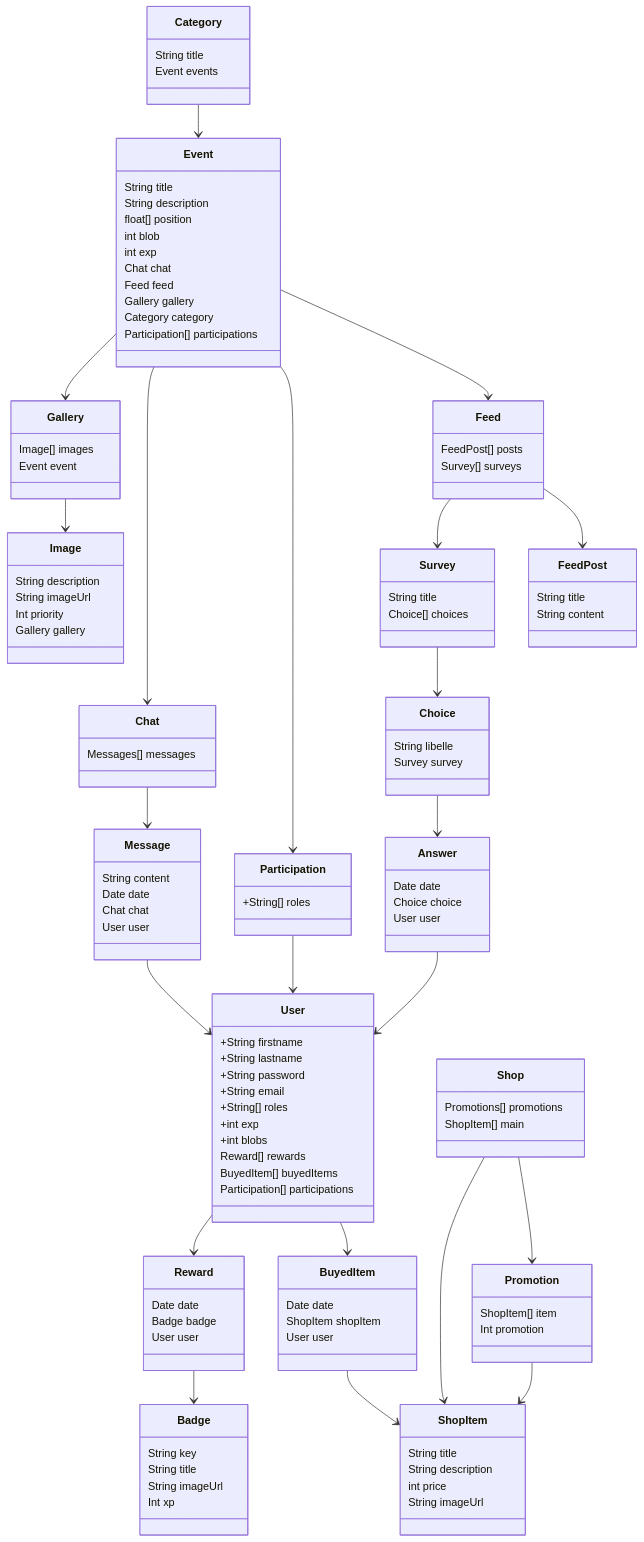
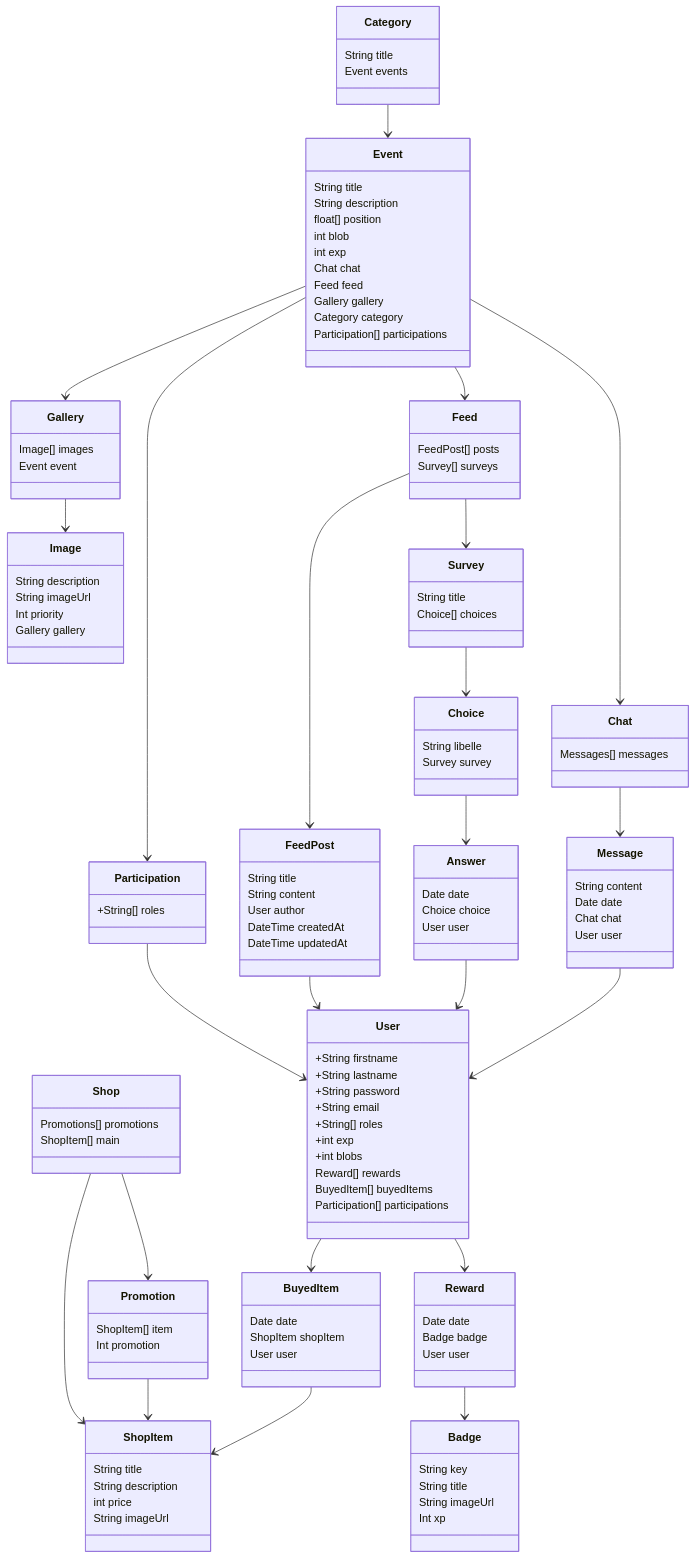
One commit to hangover-hetic/green_quest_backend changed the diagram in UML.md. Above: the diagram before and after it, drawn with Mermaid. The commit also changed 5 other files, not shown here.

```diff
--- a/UML.md
+++ b/UML.md
@@ -66,9 +66,13 @@
         Survey[] surveys
     }
 
+    FeedPost-->User
     class FeedPost {
         String title
         String content
+        User author
+        DateTime createdAt
+        DateTime updatedAt
     }
 
     Survey-->Choice
```
